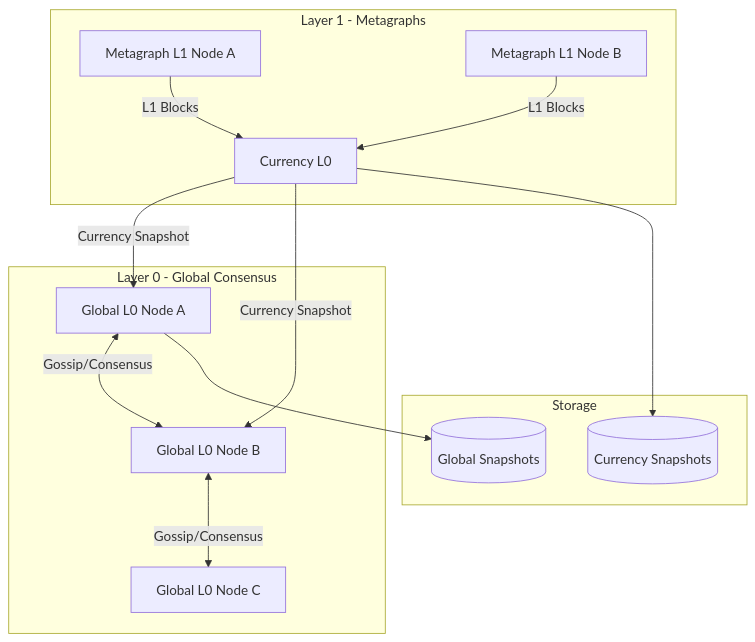
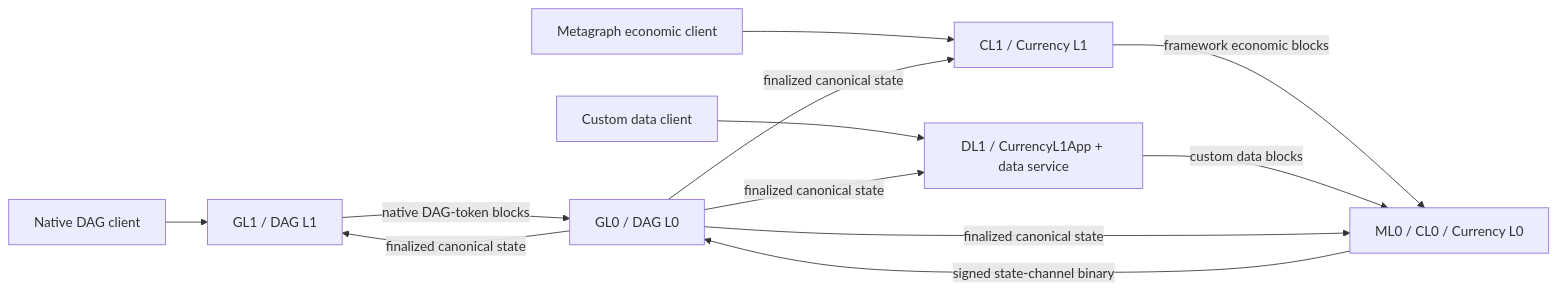
The first of 4 diagrams in docs/CODEBASE_MAP.md (ottobot-ai/tessellation), drawn with Mermaid before and after one commit. The commit also changed other lines of this file and 259 other files, not shown here.

Commit message:
refactor(consensus): enforce GL0 economic replay

````diff
--- a/docs/CODEBASE_MAP.md
+++ b/docs/CODEBASE_MAP.md
@@ -15,28 +15,16 @@
 ```mermaid
-graph TB
-    subgraph "Layer 1 - Metagraphs"
-        ML1A[Metagraph L1 Node A]
-        ML1B[Metagraph L1 Node B]
-        CL0[Currency L0]
-    end
+flowchart LR
+    Client[Native DAG client] --> GL1[GL1 / DAG L1]
+    GL1 -->|native DAG-token blocks| GL0[GL0 / DAG L0]
 
-    subgraph "Layer 0 - Global Consensus"
-        GL0A[Global L0 Node A]
-        GL0B[Global L0 Node B]
-        GL0C[Global L0 Node C]
-    end
+    Econ[Metagraph economic client] --> CL1[CL1 / Currency L1]
+    Data[Custom data client] --> DL1[DL1 / CurrencyL1App + data service]
+    CL1 -->|framework economic blocks| ML0[ML0 / CL0 / Currency L0]
+    DL1 -->|custom data blocks| ML0
+    ML0 -->|signed state-channel binary| GL0
 
-    subgraph "Storage"
-        GS[(Global Snapshots)]
-        CS[(Currency Snapshots)]
-    end
-
-    ML1A -->|L1 Blocks| CL0
-    ML1B -->|L1 Blocks| CL0
-    CL0 -->|Currency Snapshot| GL0A
-    CL0 -->|Currency Snapshot| GL0B
-    GL0A <-->|Gossip/Consensus| GL0B
-    GL0B <-->|Gossip/Consensus| GL0C
-    GL0A --> GS
-    CL0 --> CS
+    GL0 -->|finalized canonical state| GL1
+    GL0 -->|finalized canonical state| ML0
+    GL0 -->|finalized canonical state| CL1
+    GL0 -->|finalized canonical state| DL1
 ```
````
